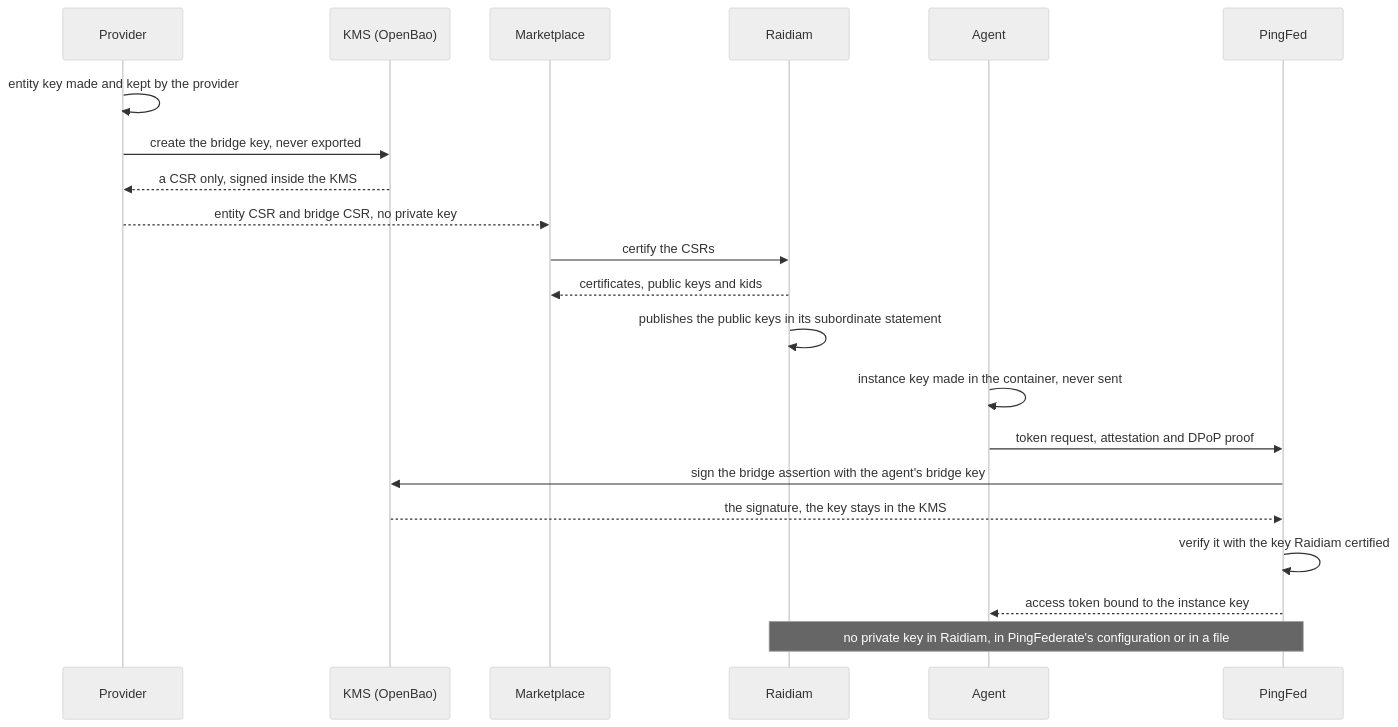
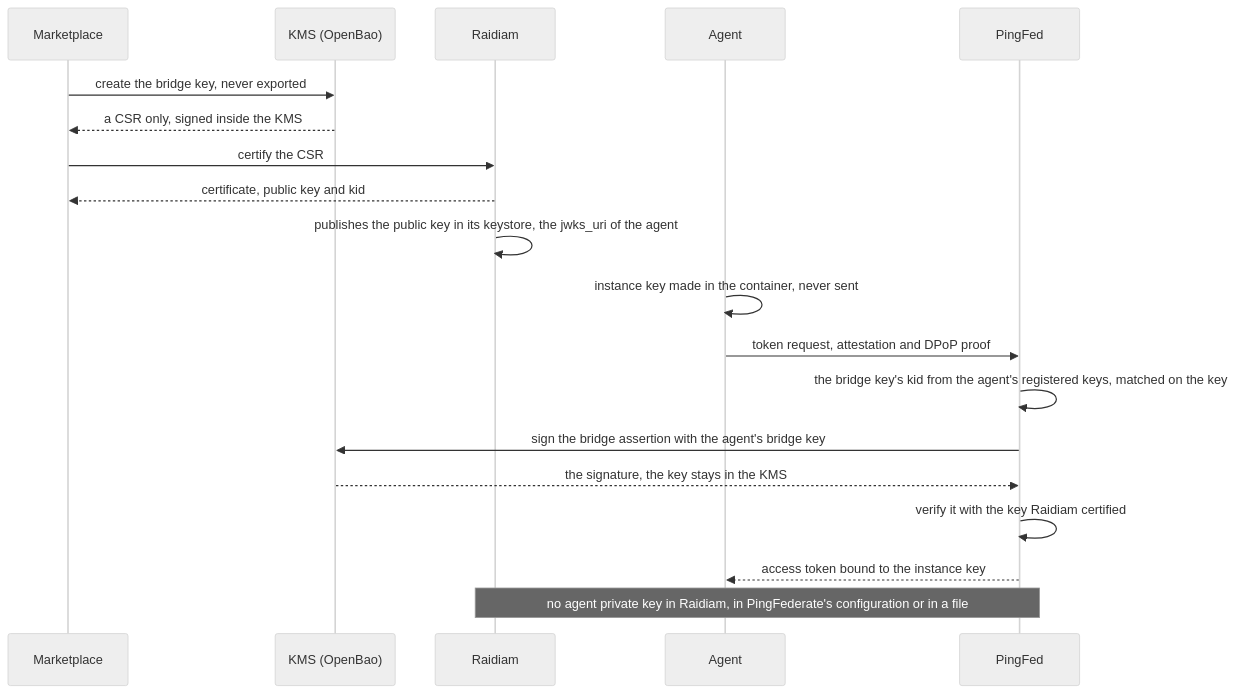
Before and after one commit to MC-IDPartners/pf-agentic-identity: diagram 18 of 21 in demo/flows.md, drawn with Mermaid (neutral theme). The commit also changed other lines of this file and 8 other files, not shown here.

First line of the commit message:
docs: the rig without an agent provider

````diff
--- a/demo/flows.md
+++ b/demo/flows.md
@@ -484,23 +504,21 @@
 ```mermaid
 sequenceDiagram
-    participant PR as Provider
+    participant MP as Marketplace
     participant KMS as KMS (OpenBao)
-    participant MP as Marketplace
     participant RD as Raidiam
     participant AG as Agent
     participant PF as PingFed
-    PR->>PR: entity key made and kept by the provider
-    PR->>KMS: create the bridge key, never exported
-    KMS-->>PR: a CSR only, signed inside the KMS
-    PR-->>MP: entity CSR and bridge CSR, no private key
-    MP->>RD: certify the CSRs
-    RD-->>MP: certificates, public keys and kids
-    RD->>RD: publishes the public keys in its subordinate statement
+    MP->>KMS: create the bridge key, never exported
+    KMS-->>MP: a CSR only, signed inside the KMS
+    MP->>RD: certify the CSR
+    RD-->>MP: certificate, public key and kid
+    RD->>RD: publishes the public key in its keystore, the jwks_uri of the agent
     AG->>AG: instance key made in the container, never sent
     AG->>PF: token request, attestation and DPoP proof
+    PF->>PF: the bridge key's kid from the agent's registered keys, matched on the key
     PF->>KMS: sign the bridge assertion with the agent's bridge key
     KMS-->>PF: the signature, the key stays in the KMS
     PF->>PF: verify it with the key Raidiam certified
     PF-->>AG: access token bound to the instance key
-    Note over RD,PF: no private key in Raidiam, in PingFederate's configuration or in a file
+    Note over RD,PF: no agent private key in Raidiam, in PingFederate's configuration or in a file
 ```
````
